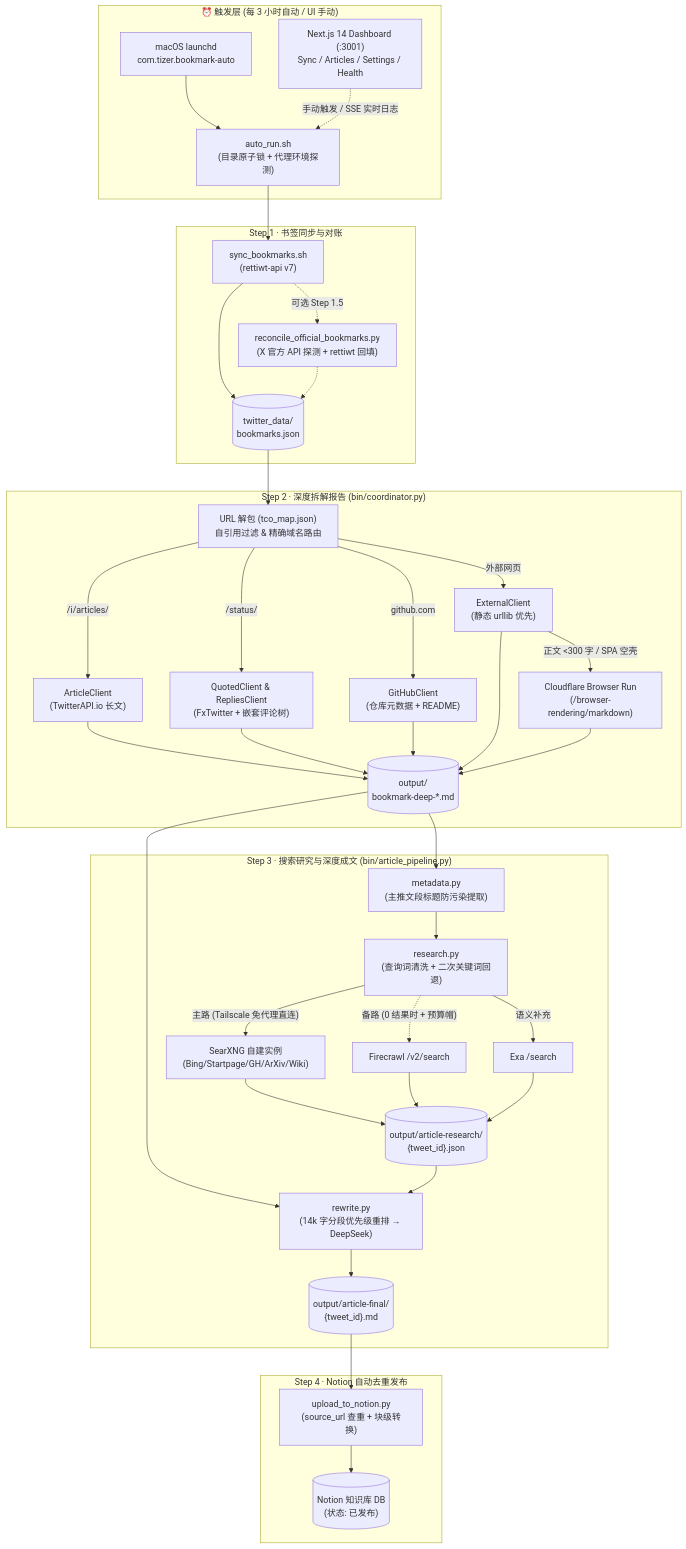
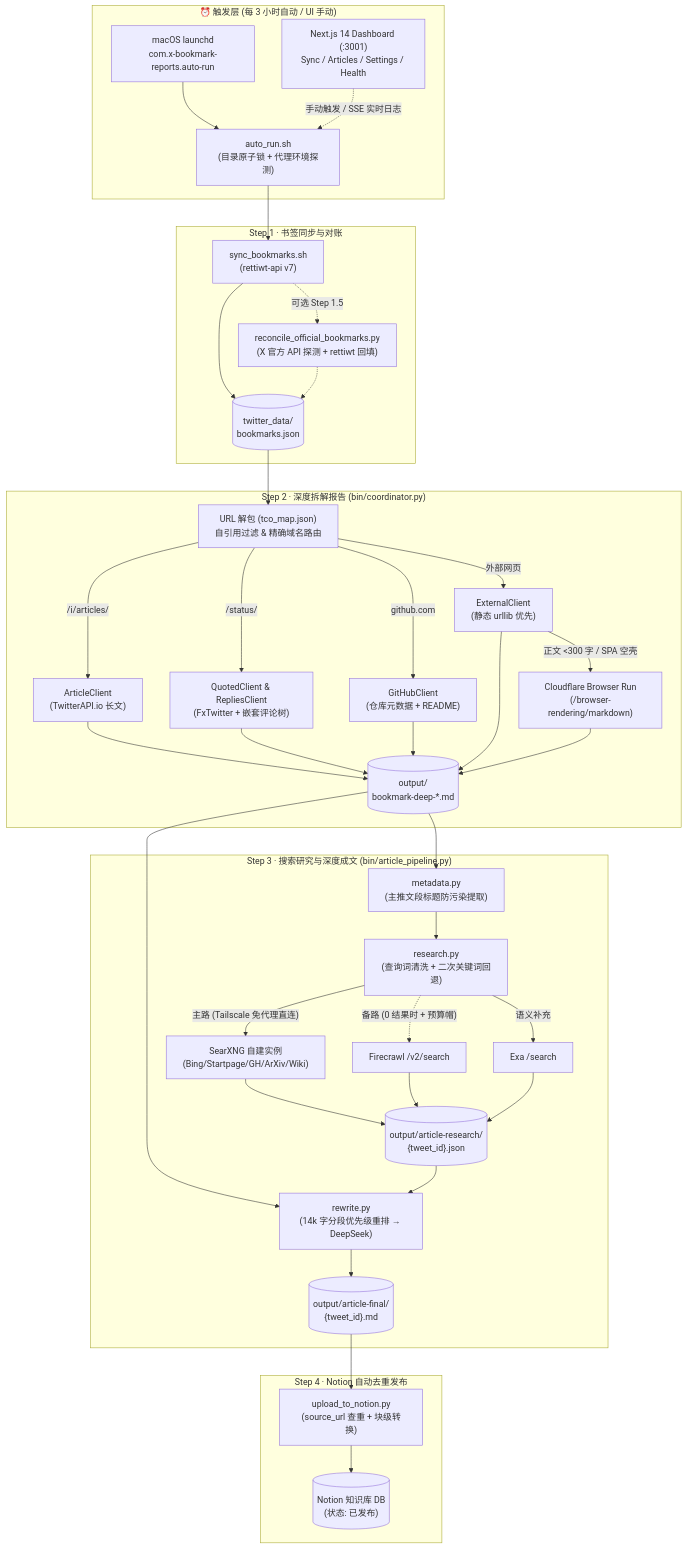
One commit to 6tizer/x-bookmark-reports changed the diagram in README.md. Above: the diagram before and after it, drawn with Mermaid. The commit also changed other lines of this file and 17 other files, not shown here.

````diff
--- a/README.md
+++ b/README.md
@@ -43,40 +43,40 @@
 ```mermaid
 flowchart TB
     subgraph Trigger["⏰ 触发层 (每 3 小时自动 / UI 手动)"]
-        L["macOS launchd<br/>com.tizer.bookmark-auto"] --> AR["auto_run.sh<br/>(目录原子锁 + 代理环境探测)"]
+        L["macOS launchd<br/>com.x-bookmark-reports.auto-run"] --> AR["auto_run.sh<br/>(目录原子锁 + 代理环境探测)"]
         UI["Next.js 14 Dashboard (:3001)<br/>Sync / Articles / Settings / Health"] -.->|"手动触发 / SSE 实时日志"| AR
     end
 
     subgraph Step1["Step 1 · 书签同步与对账"]
         AR --> S1["sync_bookmarks.sh<br/>(rettiwt-api v7)"]
         S1 --> BM[("twitter_data/<br/>bookmarks.json")]
         S1 -.->|"可选 Step 1.5"| REC["reconcile_official_bookmarks.py<br/>(X 官方 API 探测 + rettiwt 回填)"]
         REC -.-> BM
     end
 
     subgraph Step2["Step 2 · 深度拆解报告 (bin/coordinator.py)"]
         BM --> COORD["URL 解包 (tco_map.json)<br/>自引用过滤 & 精确域名路由"]
         COORD -->|"/i/articles/"| ART["ArticleClient<br/>(TwitterAPI.io 长文)"]
         COORD -->|"/status/"| QUO["QuotedClient & RepliesClient<br/>(FxTwitter + 嵌套评论树)"]
         COORD -->|"github.com"| GH["GitHubClient<br/>(仓库元数据 + README)"]
         COORD -->|"外部网页"| EXT["ExternalClient<br/>(静态 urllib 优先)"]
         EXT -->|"正文 <300 字 / SPA 空壳"| CF["Cloudflare Browser Run<br/>(/browser-rendering/markdown)"]
         ART & QUO & GH & EXT & CF --> DRAFT[("output/<br/>bookmark-deep-*.md")]
     end
 
     subgraph Step3["Step 3 · 搜索研究与深度成文 (bin/article_pipeline.py)"]
         DRAFT --> META["metadata.py<br/>(主推文段标题防污染提取)"]
         META --> RSCH["research.py<br/>(查询词清洗 + 二次关键词回退)"]
         RSCH -->|"主路 (Tailscale 免代理直连)"| SX["SearXNG 自建实例<br/>(Bing/Startpage/GH/ArXiv/Wiki)"]
         RSCH -.->|"备路 (0 结果时 + 预算帽)"| FC["Firecrawl /v2/search"]
         RSCH -->|"语义补充"| EXA["Exa /search"]
         SX & FC & EXA --> BUNDLE[("output/article-research/<br/>{tweet_id}.json")]
         DRAFT & BUNDLE --> RW["rewrite.py<br/>(14k 字分段优先级重排 → DeepSeek)"]
         RW --> FINAL[("output/article-final/<br/>{tweet_id}.md")]
     end
 
     subgraph Step4["Step 4 · Notion 自动去重发布"]
         FINAL --> UP["upload_to_notion.py<br/>(source_url 查重 + 块级转换)"]
         UP --> NOTION[("Notion 知识库 DB<br/>(状态: 已发布)")]
     end
 ```
````
